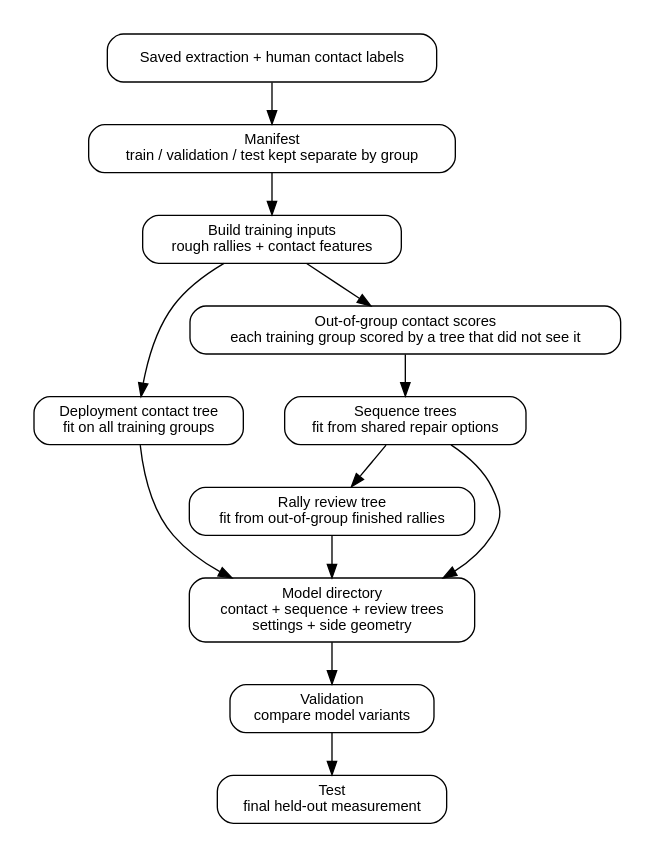
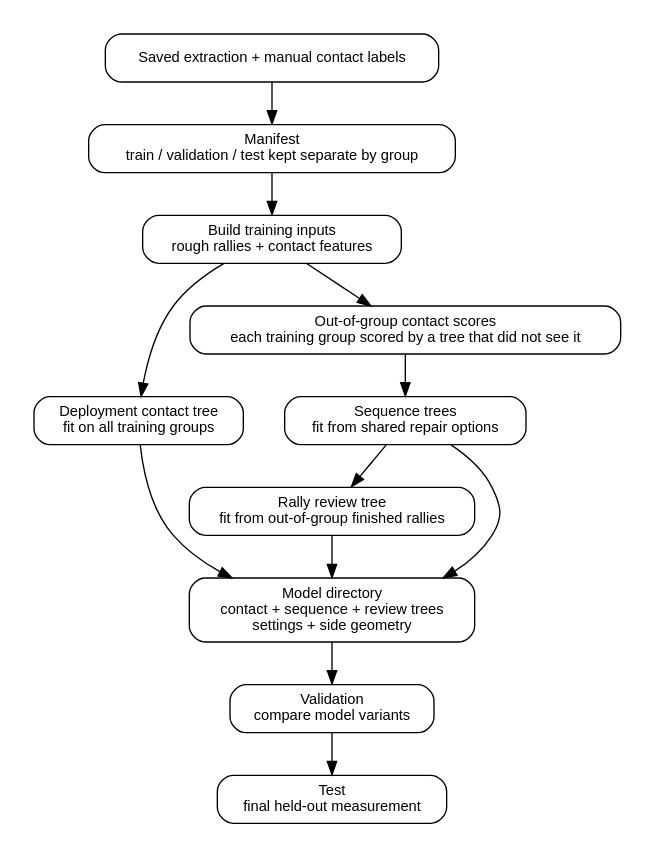
One commit to ahalp90/badminton_cv_annotator changed the diagram in docs/annotator/figures/refit_flow.dot. Above: the diagram before and after it, drawn with Graphviz. The commit also changed 6 other files, not shown here.

```diff
--- a/docs/annotator/figures/refit_flow.dot
+++ b/docs/annotator/figures/refit_flow.dot
@@ -1,24 +1,24 @@
 digraph refit {
   graph [rankdir=TB, pad="0.25", nodesep="0.35", ranksep="0.45", bgcolor="white"];
   node [shape=box, style="rounded", fontname="Helvetica", fontsize=11, margin="0.12,0.08"];
   edge [fontname="Helvetica", fontsize=9];
 
-  data [label="Saved extraction + human contact labels"];
+  data [label="Saved extraction + manual contact labels"];
   manifest [label="Manifest\ntrain / validation / test kept separate by group"];
   heur [label="Build training inputs\nrough rallies + contact features"];
   finalcontact [label="Deployment contact tree\nfit on all training groups"];
   crosscontact [label="Out-of-group contact scores\neach training group scored by a tree that did not see it"];
   seq [label="Sequence trees\nfit from shared repair options"];
   conf [label="Rally review tree\nfit from out-of-group finished rallies"];
   bundle [label="Model directory\ncontact + sequence + review trees\nsettings + side geometry"];
   val [label="Validation\ncompare model variants"];
   test [label="Test\nfinal held-out measurement"];
 
   data -> manifest -> heur;
   heur -> finalcontact;
   heur -> crosscontact -> seq -> conf;
   finalcontact -> bundle;
   seq -> bundle;
   conf -> bundle;
   bundle -> val -> test;
 }
```
